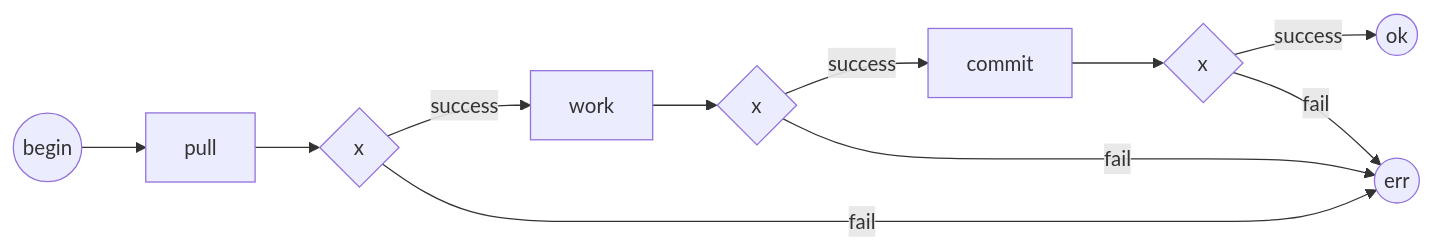
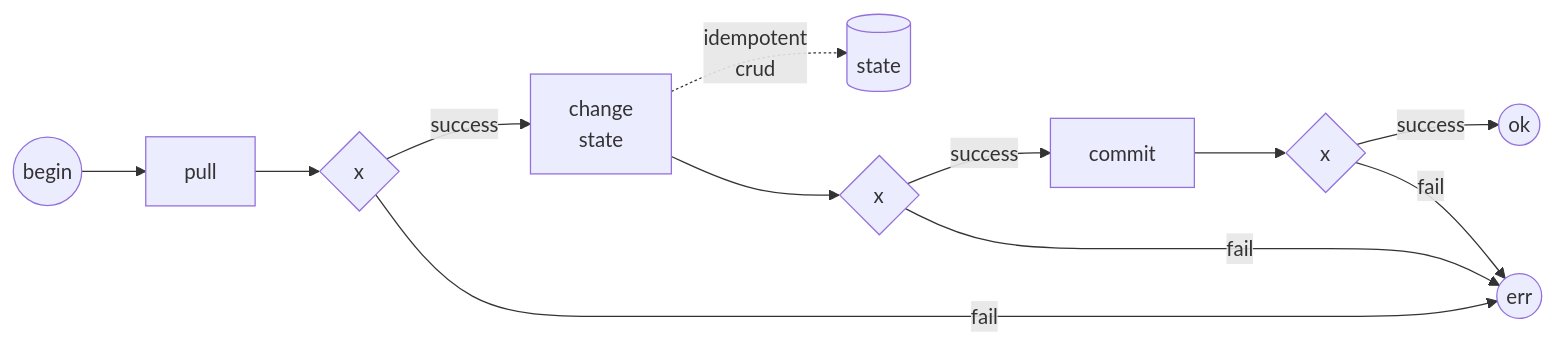
The first of 2 diagrams in ru/siama-state-storage.md (johnthesmith/scraps), drawn with Mermaid before and after one commit. The commit also changed other lines of this file, not shown here.

Commit message:
Auto commit

````diff
--- a/ru/siama-state-storage.md
+++ b/ru/siama-state-storage.md
@@ -21,20 +21,24 @@
 ```mermaid
 flowchart LR
 
 b((begin))
 e((ok))
 pull-gate{x}
 work-gate{x}
 commit-gate{x}
 error((err))
+state[(state)]
+work[change<br>state]
+
+work -.->|idempotent <br> crud| state
 
 b --> 
 pull --> 
 pull-gate -->|success| work --> 
 work-gate -->|success| commit --> 
 commit-gate --> |success| e
 
 pull-gate -->|fail| error
 work-gate -->|fail| error
 commit-gate -->|fail| error
 ```
````
